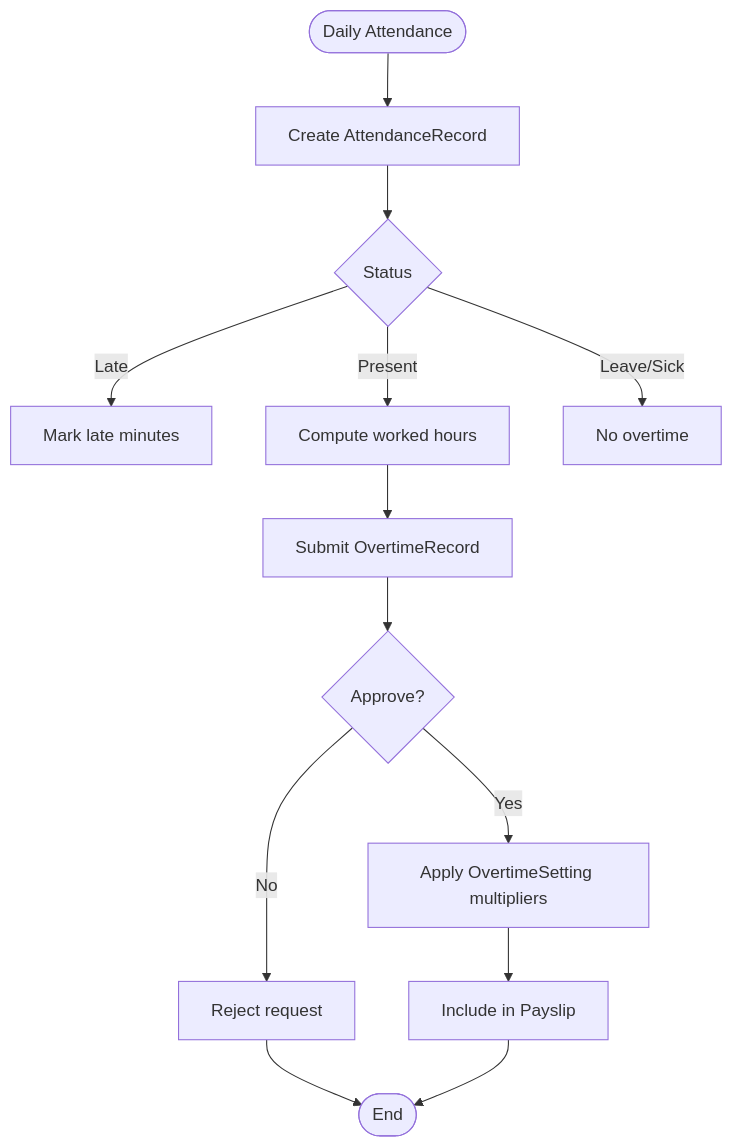
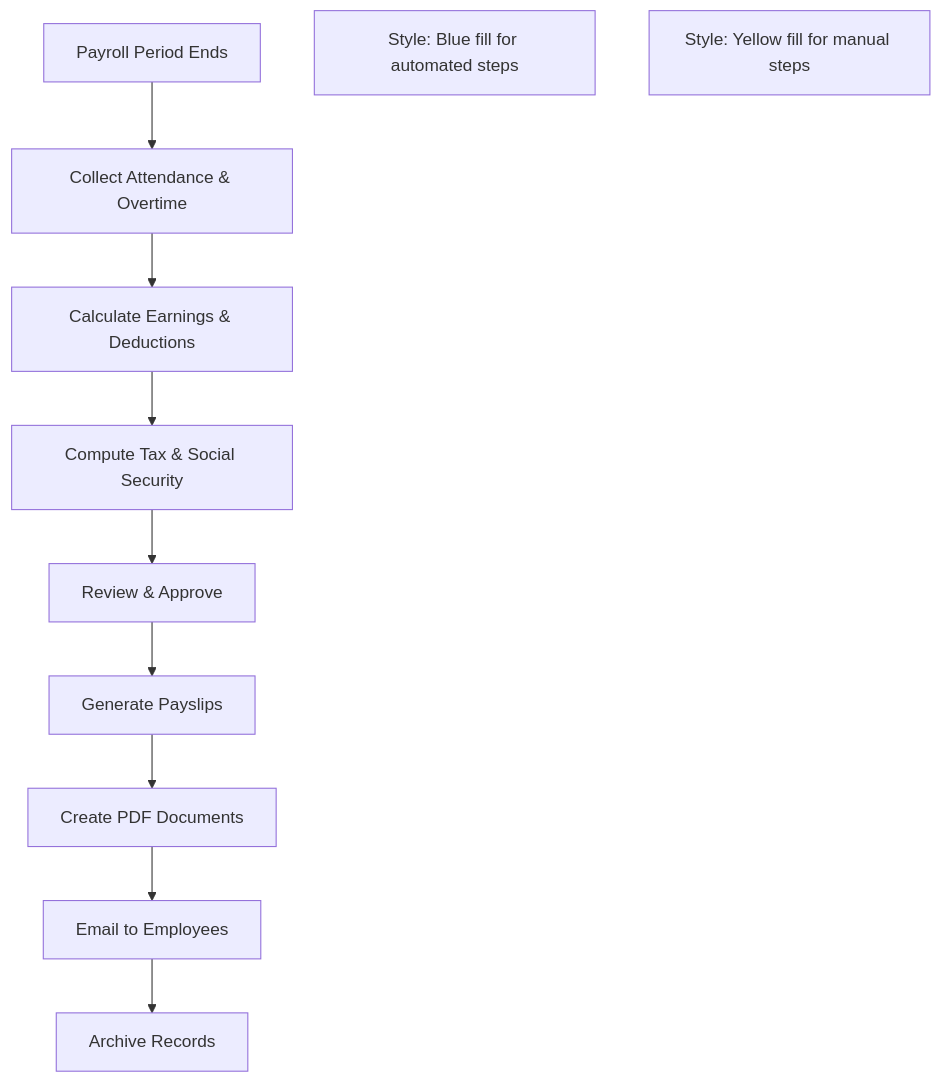
One commit to bikinaplikasipakeqoder-dot/payroll-hris changed the third of 3 diagrams in .qoder/repowiki/en/content/Project Overview.md. Above: the diagram before and after it, drawn with Mermaid. The commit also changed other lines of this file and 22 other files, not shown here.

````diff
--- a/.qoder/repowiki/en/content/Project Overview.md
+++ b/.qoder/repowiki/en/content/Project Overview.md
@@ -734,15 +331,13 @@
 ```mermaid
 flowchart TD
-Start(["Daily Attendance"]) --> Record["Create AttendanceRecord"]
-Record --> Status{"Status"}
-Status --> |Late| MarkLate["Mark late minutes"]
-Status --> |Present| ComputeHours["Compute worked hours"]
-Status --> |Leave/Sick| NoOT["No overtime"]
-ComputeHours --> OTReq["Submit OvertimeRecord"]
-OTReq --> Approve{"Approve?"}
-Approve --> |Yes| CalcAmt["Apply OvertimeSetting multipliers"]
-Approve --> |No| Reject["Reject request"]
-CalcAmt --> IncludeSlip["Include in Payslip"]
-Reject --> End(["End"])
-IncludeSlip --> End
+START["Payroll Period Ends"] --> DATA["Collect Attendance & Overtime"]
+DATA --> CALC["Calculate Earnings & Deductions"]
+CALC --> TAX["Compute Tax & Social Security"]
+TAX --> REVIEW["Review & Approve"]
+REVIEW --> GENERATE["Generate Payslips"]
+GENERATE --> PDF["Create PDF Documents"]
+PDF --> EMAIL["Email to Employees"]
+EMAIL --> ARCHIVE["Archive Records"]
+STYLE["Style: Blue fill for automated steps"]
+STYLE2["Style: Yellow fill for manual steps"]
 ```
````
